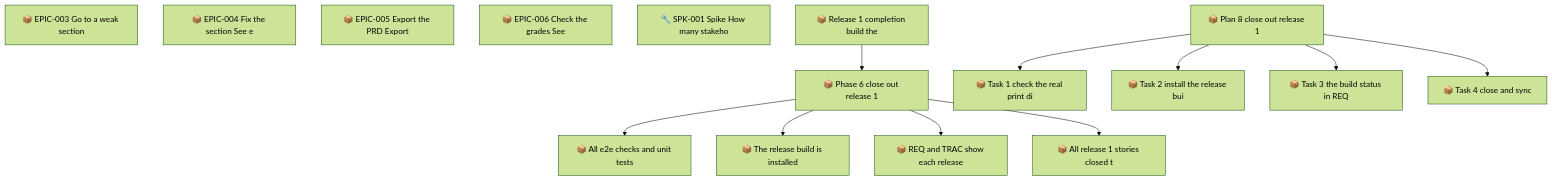
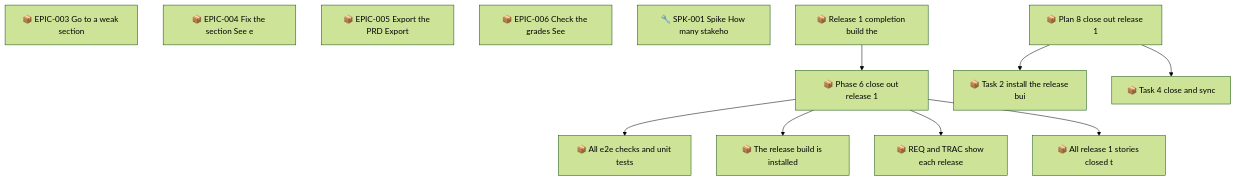
Before and after one commit to SpillwaveSolutions/prd-forge-viewer: the second of 2 diagrams in docs/roadmap.md, drawn with Mermaid (forest theme). The commit also changed other lines of this file and 13 other files, not shown here.

First line of the commit message:
docs: build status of release 1 in REQ and TRAC, and the real print panel check

````diff
--- a/docs/roadmap.md
+++ b/docs/roadmap.md
@@ -120,28 +108,24 @@
 ```mermaid
 graph TD
     01M61XNJQPA0F7H1BG56ERNJ3P["📦 EPIC-003 Go to a weak section"]
     01M61XNK50616FWM0WZ4FGWGEB["📦 EPIC-004 Fix the section See e"]
     01M61XNK9MPMV0RAEKPX0JC3K4["📦 EPIC-005 Export the PRD Export"]
     01M61XNM7GHPSJ1B96BCHA59ZE["📦 EPIC-006 Check the grades See"]
     01M61XNM9NY7F4D4V7400J56X9["🔧 SPK-001 Spike How many stakeho"]
     01M62C7RE2CW1HN12H2T82VJ6C["📦 Release 1 completion build the"]
     01M62C7REGCD2R415FMWFCZMV6["📦 Phase 6 close out release 1"]
     01M62C7REGCD2R415FMWFCZMV8["📦 All e2e checks and unit tests"]
     01M62C7REGCD2R415FMWFCZMVA["📦 The release build is installed"]
     01M62C7REHN9N2P8Z19K0EPA0F["📦 REQ and TRAC show each release"]
     01M62C7REHN9N2P8Z19K0EPA0H["📦 All release 1 stories closed t"]
     01M64C02ZSD81X83JWRWQDVYCH["📦 Plan 8 close out release 1"]
-    01M64C03048SWRXRJ3A59AD9W0["📦 Task 1 check the real print di"]
     01M64C03048SWRXRJ3A59AD9W2["📦 Task 2 install the release bui"]
-    01M64C03048SWRXRJ3A59AD9W4["📦 Task 3 the build status in REQ"]
     01M64C03048SWRXRJ3A59AD9W6["📦 Task 4 close and sync"]
     01M62C7RE2CW1HN12H2T82VJ6C --> 01M62C7REGCD2R415FMWFCZMV6
     01M62C7REGCD2R415FMWFCZMV6 --> 01M62C7REGCD2R415FMWFCZMV8
     01M62C7REGCD2R415FMWFCZMV6 --> 01M62C7REGCD2R415FMWFCZMVA
     01M62C7REGCD2R415FMWFCZMV6 --> 01M62C7REHN9N2P8Z19K0EPA0F
     01M62C7REGCD2R415FMWFCZMV6 --> 01M62C7REHN9N2P8Z19K0EPA0H
-    01M64C02ZSD81X83JWRWQDVYCH --> 01M64C03048SWRXRJ3A59AD9W0
     01M64C02ZSD81X83JWRWQDVYCH --> 01M64C03048SWRXRJ3A59AD9W2
-    01M64C02ZSD81X83JWRWQDVYCH --> 01M64C03048SWRXRJ3A59AD9W4
     01M64C02ZSD81X83JWRWQDVYCH --> 01M64C03048SWRXRJ3A59AD9W6
 ```
````
